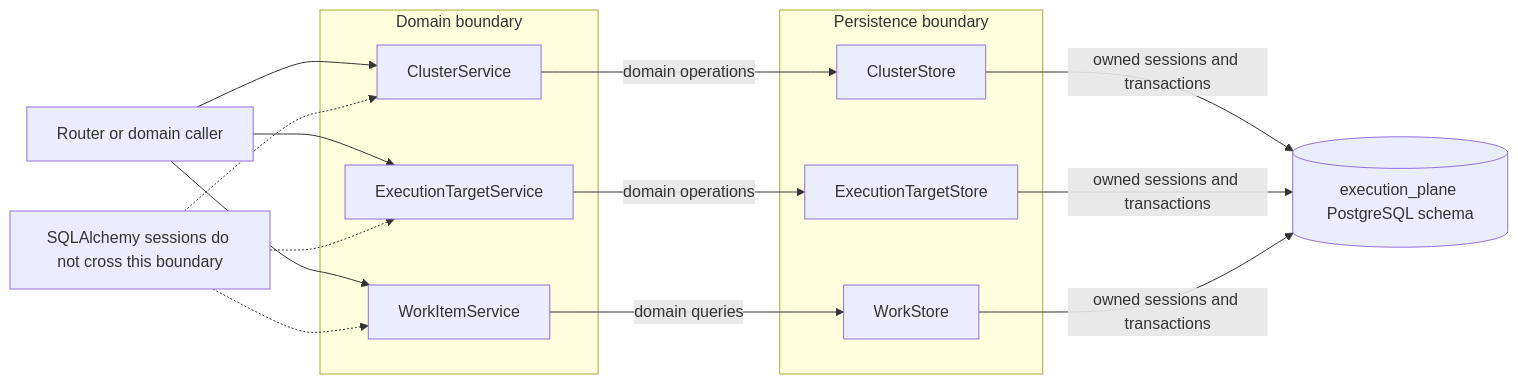
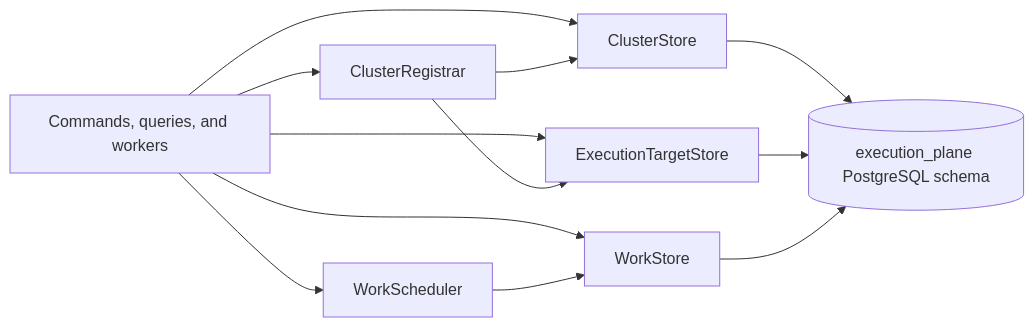
One commit to AlanCoding/syntara-execution-plane changed the fifth of 5 diagrams in docs/cluster-and-target-services.md. Above: the diagram before and after it, drawn with Mermaid. The commit also changed other lines of this file and 48 other files, not shown here.

````diff
--- a/docs/cluster-and-target-services.md
+++ b/docs/cluster-and-target-services.md
@@ -415,33 +398,22 @@
 ```mermaid
 flowchart LR
-    Caller[Router or domain caller]
-
-    subgraph Services[Domain boundary]
-        CR[ClusterService]
-        TR[ExecutionTargetService]
-        WR[WorkItemService]
-    end
-
-    subgraph Stores[Persistence boundary]
-        CS[ClusterStore]
-        TS[ExecutionTargetStore]
-        WS[WorkStore]
-    end
-
+    Caller[Commands, queries, and workers]
+    CR[ClusterRegistrar]
+    SC[WorkScheduler]
+    CS[ClusterStore]
+    TS[ExecutionTargetStore]
+    WS[WorkStore]
     DB[(execution_plane PostgreSQL schema)]
 
     Caller --> CR
-    Caller --> TR
-    Caller --> WR
-    CR -->|domain operations| CS
-    TR -->|domain operations| TS
-    WR -->|domain queries| WS
-    CS -->|owned sessions and transactions| DB
-    TS -->|owned sessions and transactions| DB
-    WS -->|owned sessions and transactions| DB
-
-    X[SQLAlchemy sessions do not cross this boundary]
-    X -.-> CR
-    X -.-> TR
-    X -.-> WR
+    Caller --> SC
+    Caller --> CS
+    Caller --> TS
+    Caller --> WS
+    CR --> CS
+    CR --> TS
+    SC --> WS
+    CS --> DB
+    TS --> DB
+    WS --> DB
 ```
````
